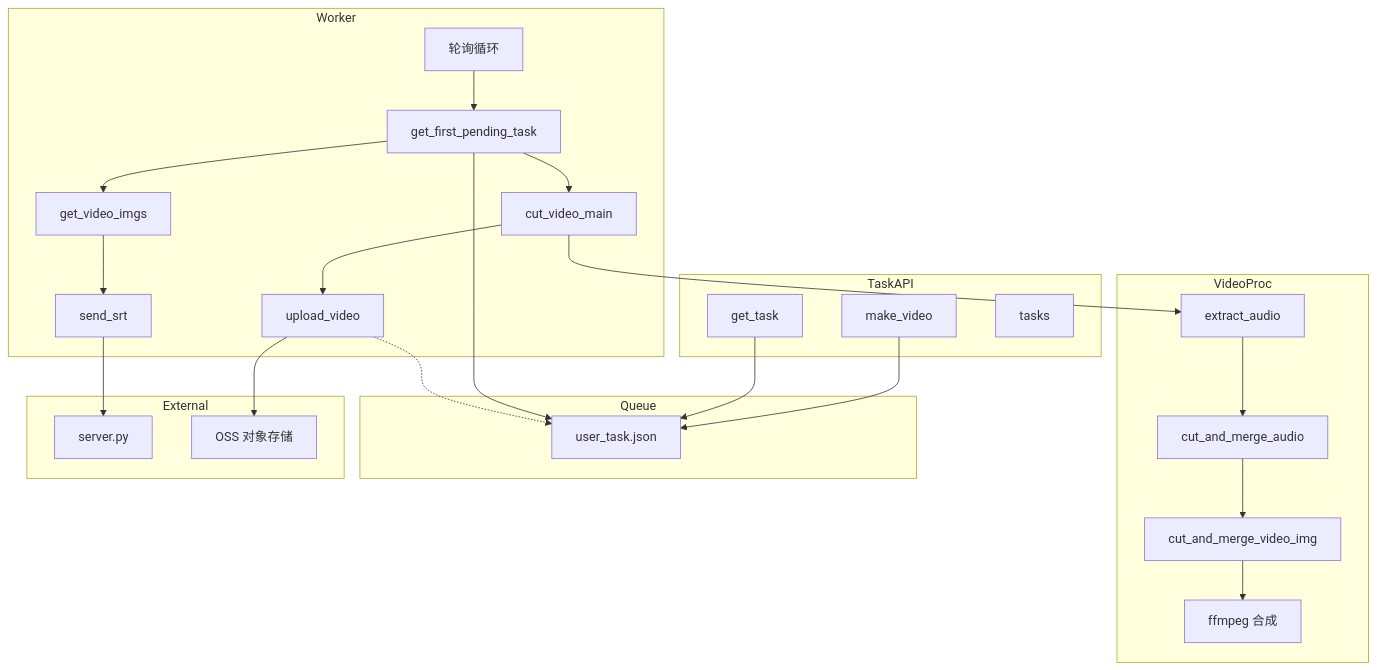
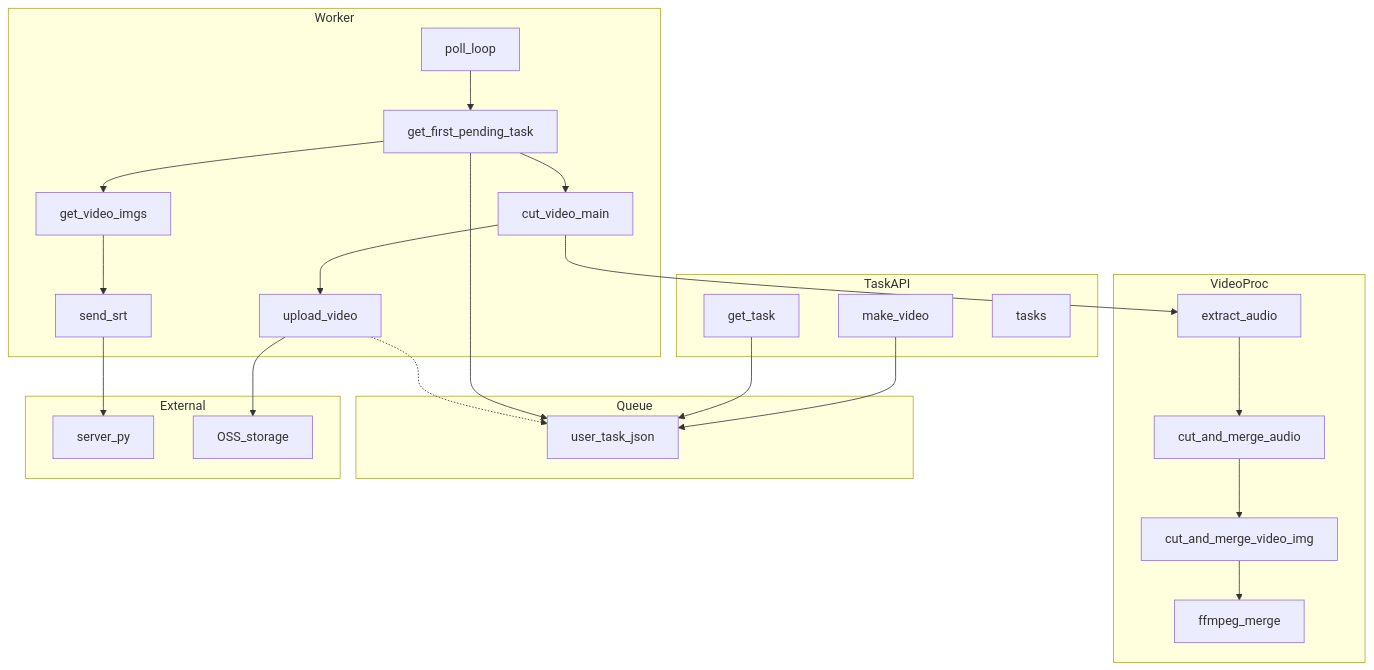
One commit to nii8/split_video changed the fifth of 10 diagrams in ARCHITECTURE.md. Above: the diagram before and after it, drawn with Mermaid. The commit also changed other lines of this file, not shown here.

Commit message:
Update ARCHITECTURE.md - third commit

````diff
--- a/ARCHITECTURE.md
+++ b/ARCHITECTURE.md
@@ -268,49 +268,49 @@
 ```mermaid
 graph TD
     subgraph TaskAPI
         T1[make_video]
         T2[get_task]
         T3[tasks]
     end
     
     subgraph Worker
-        W1[轮询循环]
+        W1[poll_loop]
         W2[get_first_pending_task]
         W3[cut_video_main]
         W4[upload_video]
         W5[get_video_imgs]
         W6[send_srt]
     end
     
     subgraph VideoProc
         V1[extract_audio]
         V2[cut_and_merge_audio]
         V3[cut_and_merge_video_img]
-        V4[ffmpeg 合成]
+        V4[ffmpeg_merge]
     end
     
     subgraph Queue
-        Q1[user_task.json]
+        Q1[user_task_json]
     end
     
     subgraph External
-        Server1[server.py]
-        OSS1[OSS 对象存储]
+        Server1[server_py]
+        OSS1[OSS_storage]
     end
     
     T1 --> Q1
     T2 --> Q1
     W1 --> W2
     W2 --> Q1
     W2 --> W3
     W2 --> W5
     W5 --> W6
     W6 --> Server1
     W3 --> V1
     V1 --> V2
     V2 --> V3
     V3 --> V4
     W3 --> W4
     W4 --> OSS1
     W4 -.-> Q1
 ```
````
